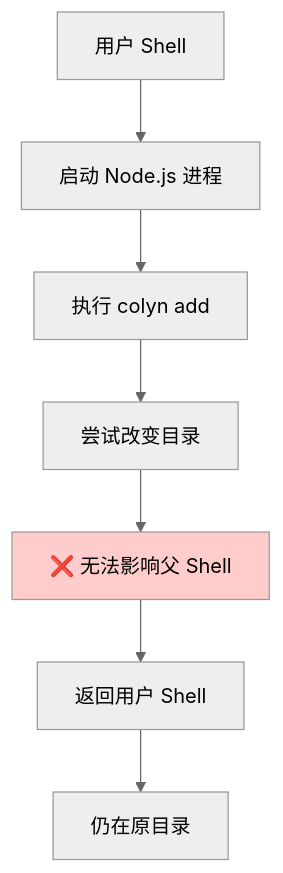
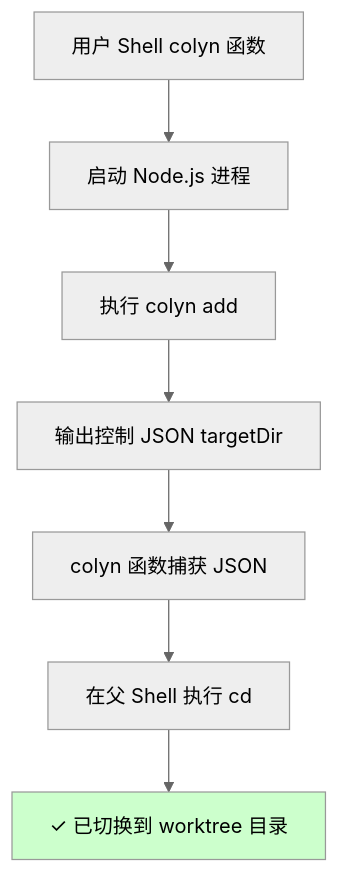
Before and after one commit to colin-han/colyn: the fifth of 6 diagrams in docs/zh-CN/develop/design/commands/design-add-command.md, drawn with Mermaid (neutral theme). The commit also changed other lines of this file and 39 other files, not shown here.

````diff
--- a/docs/zh-CN/develop/design/commands/design-add-command.md
+++ b/docs/zh-CN/develop/design/commands/design-add-command.md
@@ -554,11 +560,11 @@
 ```mermaid
 graph TD
-    User[用户 Shell] --> Spawn[启动 Node.js 进程]
+    User[用户 Shell colyn 函数] --> Spawn[启动 Node.js 进程]
     Spawn --> Execute[执行 colyn add]
-    Execute --> Try[尝试改变目录]
-    Try --> Limit[❌ 无法影响父 Shell]
-    Limit --> Return[返回用户 Shell]
-    Return --> Same[仍在原目录]
+    Execute --> Output[输出控制 JSON targetDir]
+    Output --> Capture[colyn 函数捕获 JSON]
+    Capture --> Cd[在父 Shell 执行 cd]
+    Cd --> Done[✓ 已切换到 worktree 目录]
 
-    style Limit fill:#ffcccc
+    style Done fill:#ccffcc
 ```
````
